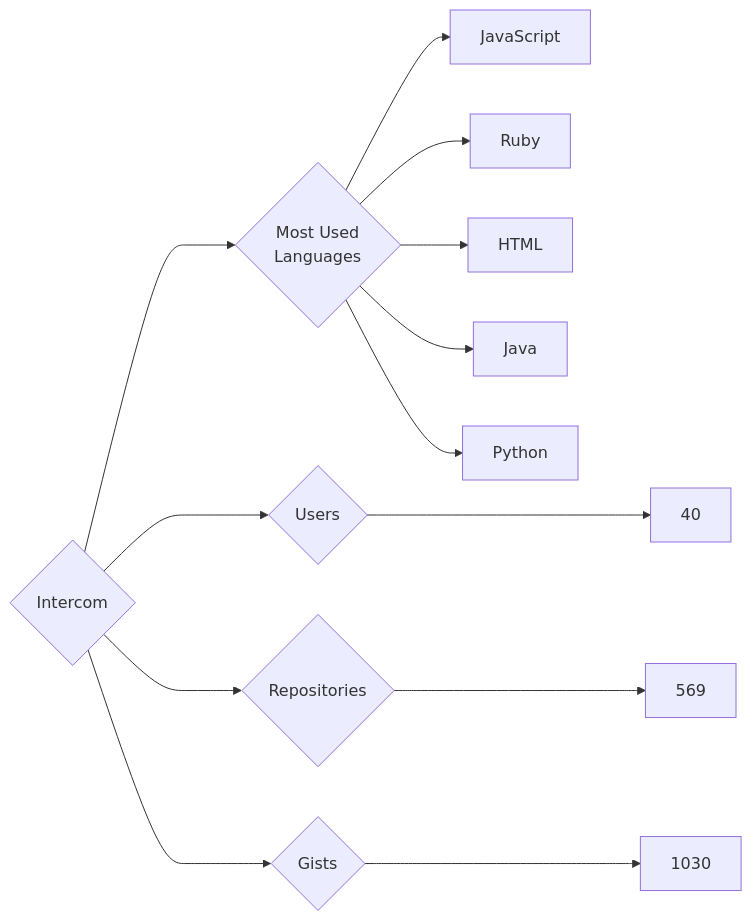
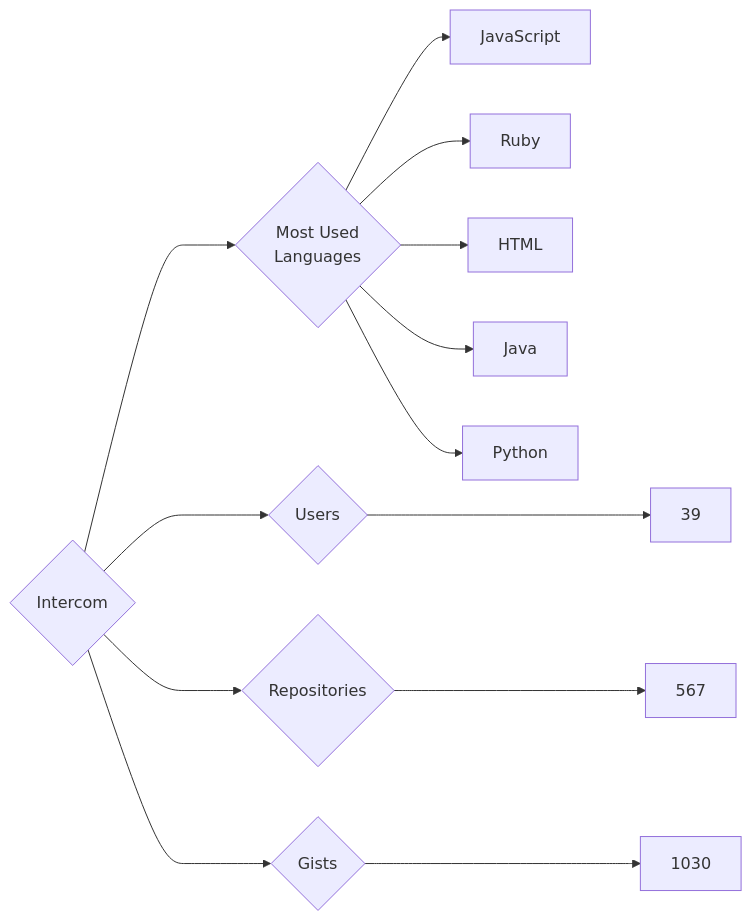
One commit to trickest/insiders changed the diagram in targets/Intercom/README.md. Above: the diagram before and after it, drawn with Mermaid. The commit also changed 845 other files, not shown here.

````diff
--- a/targets/Intercom/README.md
+++ b/targets/Intercom/README.md
@@ -3,13 +3,13 @@
 ```mermaid
 graph LR
 COMPANY_NAME{Intercom}
-COMPANY_NAME ---> U{Users} ---> UN[40]
-COMPANY_NAME ---> R{Repositories} ---> RN[569]
+COMPANY_NAME ---> U{Users} ---> UN[39]
+COMPANY_NAME ---> R{Repositories} ---> RN[567]
 COMPANY_NAME ---> G{Gists} ---> GN[1030]
 COMPANY_NAME ---> ML{Most Used<br>Languages}
 ML --> JavaScript[JavaScript]
 ML --> Ruby[Ruby]
 ML --> HTML[HTML]
 ML --> Java[Java]
 ML --> Python[Python]
 ```
````
